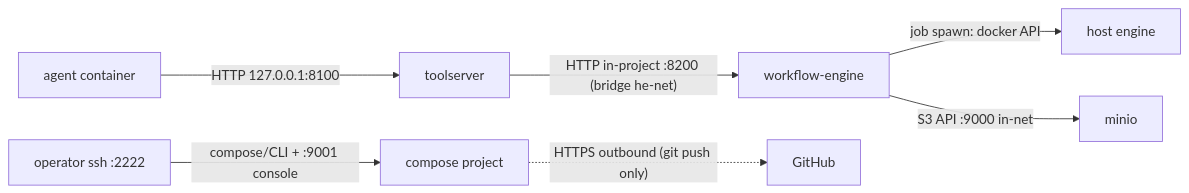
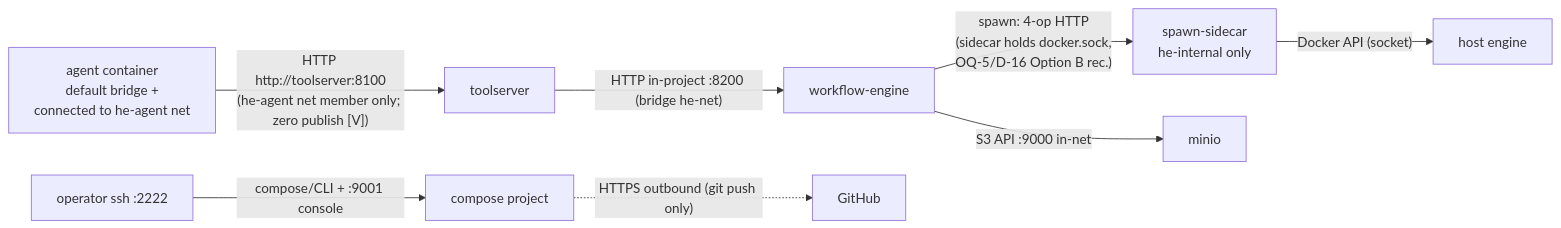
One commit to jstevenjacobs/HE-toolstack changed the fourth of 9 diagrams in docs/HE-TOOLSTACK-TECHNICAL-DESIGN.md. Above: the diagram before and after it, drawn with Mermaid. The commit also changed other lines of this file and 4 other files, not shown here.

Commit message:
r2: bind-topology correction, dedicated he-agent network (D-15 rev), O_EXCL claim arbiter (8.8a), one-shot backup jobs + 2-copy retention, versioned-transfer mechanism, traceability refresh, diagrams 9/9

````diff
--- a/docs/HE-TOOLSTACK-TECHNICAL-DESIGN.md
+++ b/docs/HE-TOOLSTACK-TECHNICAL-DESIGN.md
@@ -311,9 +327,9 @@
 ```mermaid
 graph LR
-    AGENT[agent container] -- "HTTP 127.0.0.1:8100" --> TS[toolserver]
+    AGENT[agent container<br/>default bridge +<br/>connected to he-agent net] -- "HTTP http://toolserver:8100<br/>(he-agent net member only; zero publish [V])" --> TS[toolserver]
     OPS[operator ssh :2222] -- "compose/CLI + :9001 console" --> STACK[compose project]
     TS -- "HTTP in-project :8200 (bridge he-net)" --> WE[workflow-engine]
-    WE -- "job spawn: docker API" --> DE[host engine]
+    WE -- "spawn: 4-op HTTP<br/>(sidecar holds docker.sock,<br/>OQ-5/D-16 Option B rec.)" --> SC[spawn-sidecar<br/>he-internal only] -- "Docker API (socket)" --> DE[host engine]
     WE -- "S3 API :9000 in-net" --> MO[minio]
     STACK -. "HTTPS outbound (git push only)" .-> GH[GitHub]
 ```
````
